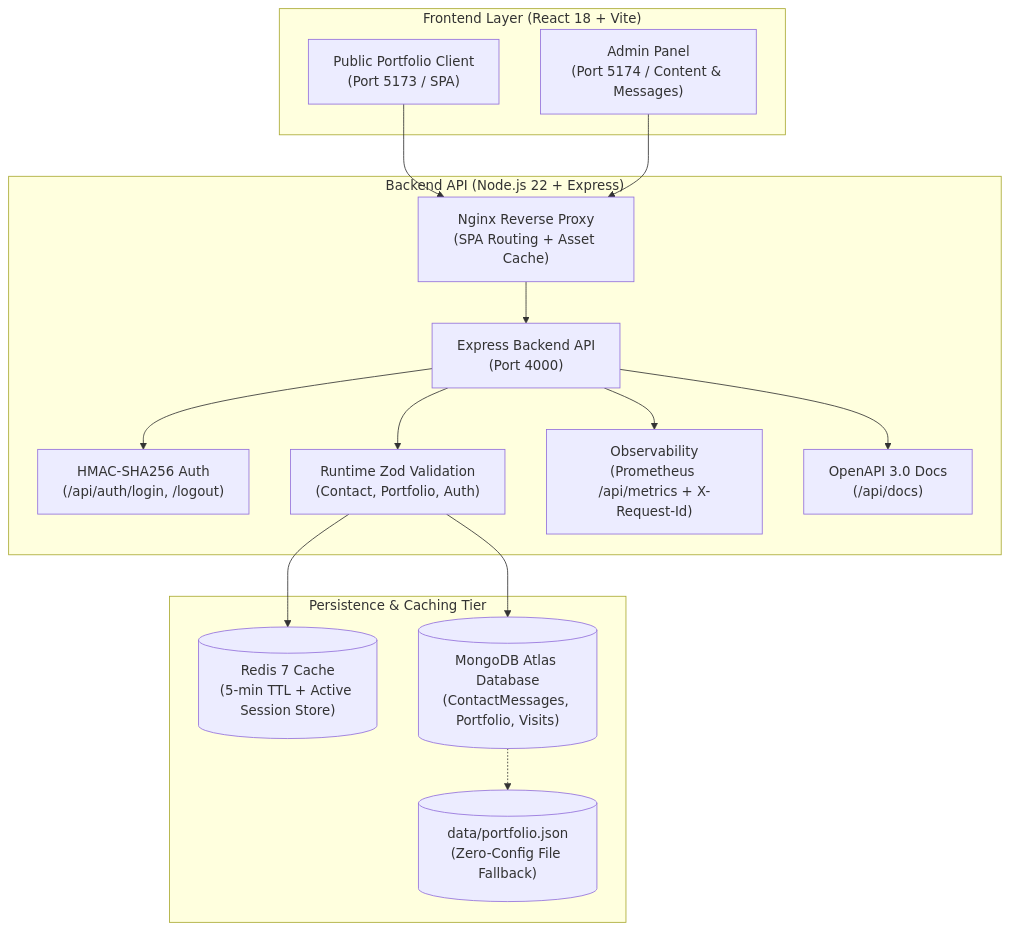
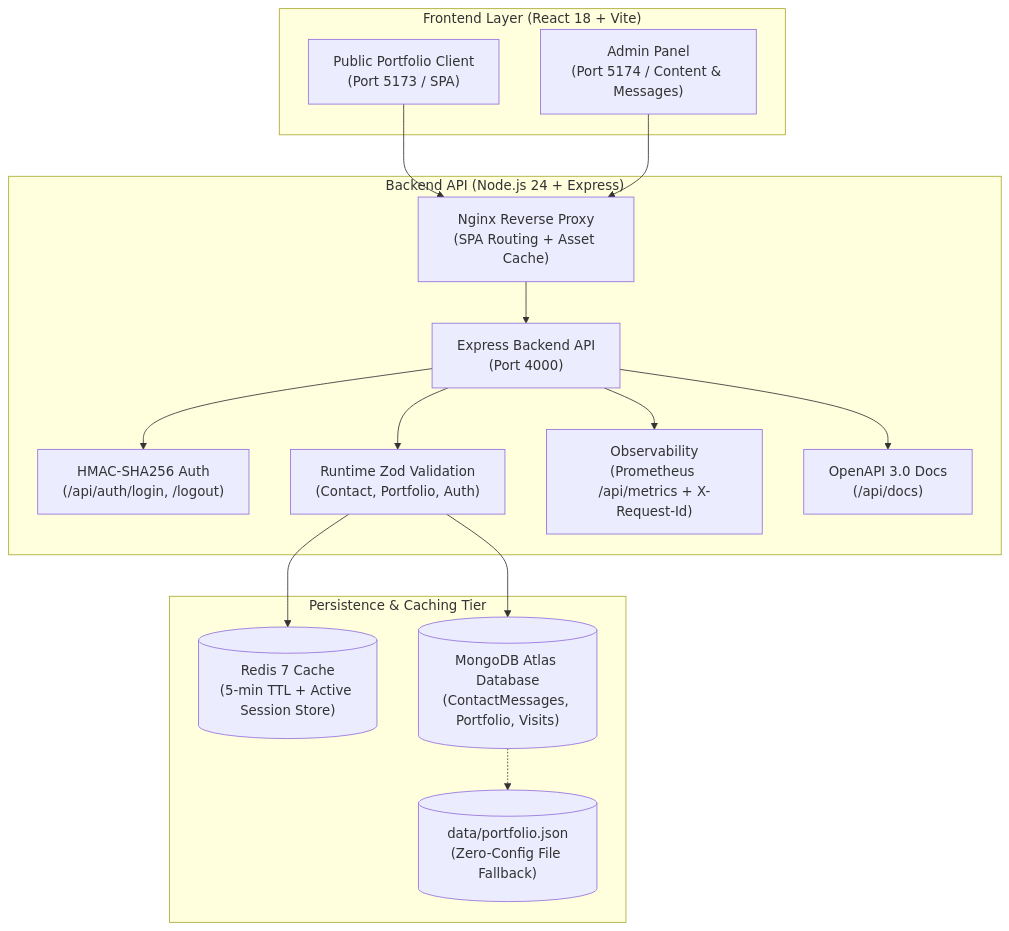
Before and after one commit to Aman-Singh-Kunwar/Portfolio: the diagram in README.md, drawn with Mermaid. The commit also changed other lines of this file and 2 other files, not shown here.

Commit message:
upgrade Node.js from 22 to 24 across Dockerfile, CI, and README

````diff
--- a/README.md
+++ b/README.md
@@ -28,27 +28,27 @@
 ```mermaid
 flowchart TD
     subgraph Clients["Frontend Layer (React 18 + Vite)"]
         Client["Public Portfolio Client\n(Port 5173 / SPA)"]
         Admin["Admin Panel\n(Port 5174 / Content & Messages)"]
     end
 
-    subgraph Gateway["Backend API (Node.js 22 + Express)"]
+    subgraph Gateway["Backend API (Node.js 24 + Express)"]
         Nginx["Nginx Reverse Proxy\n(SPA Routing + Asset Cache)"] --> Express["Express Backend API\n(Port 4000)"]
         Express --> Auth["HMAC-SHA256 Auth\n(/api/auth/login, /logout)"]
         Express --> Zod["Runtime Zod Validation\n(Contact, Portfolio, Auth)"]
         Express --> Telemetry["Observability\n(Prometheus /api/metrics + X-Request-Id)"]
         Express --> Swagger["OpenAPI 3.0 Docs\n(/api/docs)"]
     end
 
     subgraph Data["Persistence & Caching Tier"]
         Redis[("Redis 7 Cache\n(5-min TTL + Active Session Store)")]
         Mongo[("MongoDB Atlas Database\n(ContactMessages, Portfolio, Visits)")]
         LocalJSON[("data/portfolio.json\n(Zero-Config File Fallback)")]
     end
 
     Client --> Nginx
     Admin --> Nginx
     Zod --> Redis
     Zod --> Mongo
     Mongo -.-> LocalJSON
 ```
````
